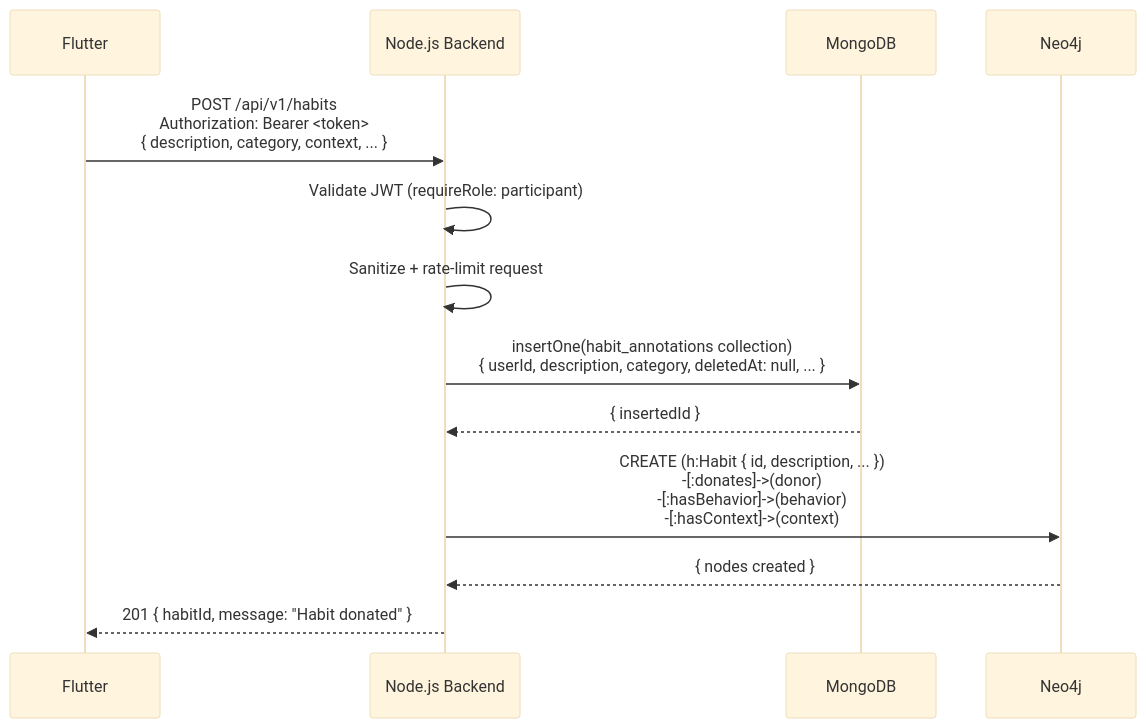
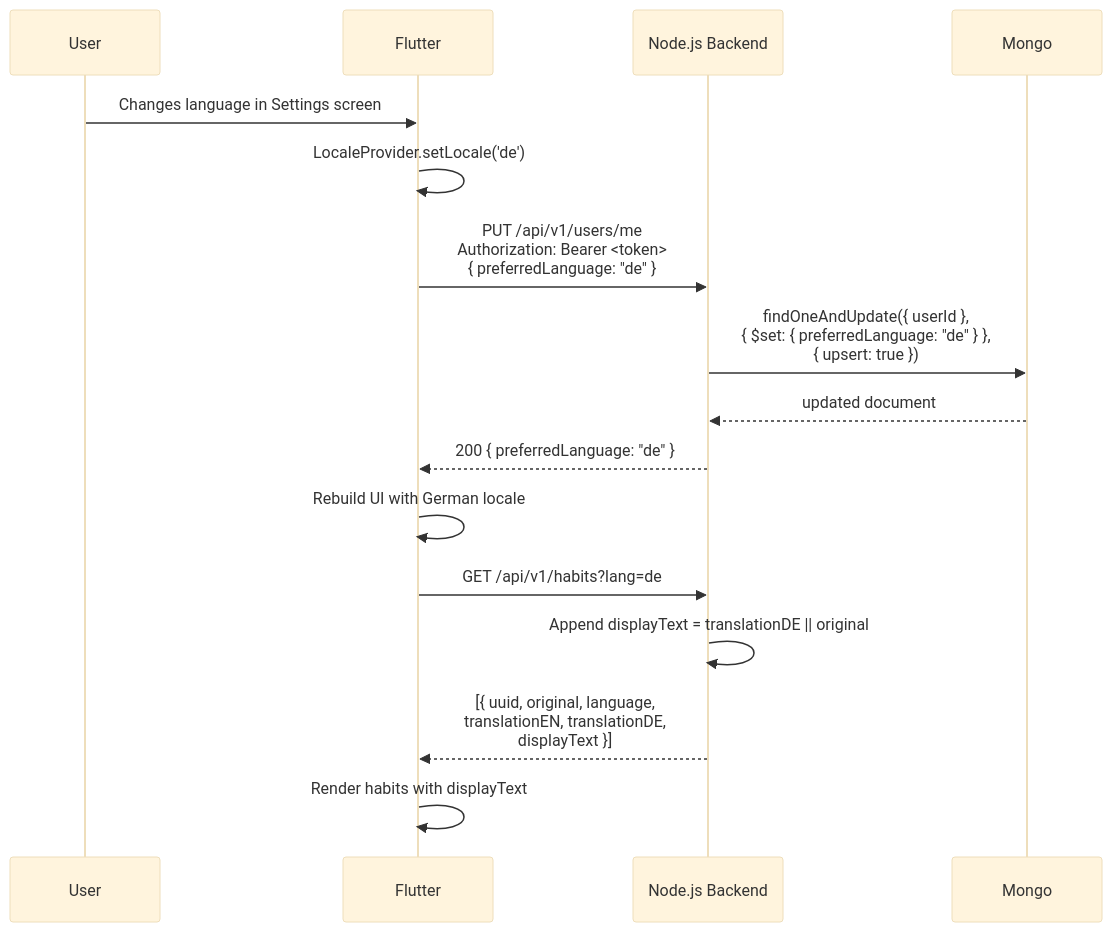
One commit to Bulgy404/health-habit-hub changed the third of 4 diagrams in docs/architecture.md. Above: the diagram before and after it, drawn with Mermaid (base theme). The commit also changed other lines of this file and 4 other files, not shown here.

First line of the commit message:
feat: [US-143] - Ralph — update architecture documentation

````diff
--- a/docs/architecture.md
+++ b/docs/architecture.md
@@ -109,16 +139,20 @@
 ```mermaid
 sequenceDiagram
+    participant User
     participant Flutter
     participant Backend as Node.js Backend
-    participant MongoDB
-    participant Neo4j
+    participant Mongo
 
-    Flutter->>Backend: POST /api/v1/habits<br/>Authorization: Bearer <token><br/>{ description, category, context, ... }
-    Backend->>Backend: Validate JWT (requireRole: participant)
-    Backend->>Backend: Sanitize + rate-limit request
-    Backend->>MongoDB: insertOne(habit_annotations collection)<br/>{ userId, description, category, deletedAt: null, ... }
-    MongoDB-->>Backend: { insertedId }
-    Backend->>Neo4j: CREATE (h:Habit { id, description, ... })<br/>-[:donates]->(donor)<br/>-[:hasBehavior]->(behavior)<br/>-[:hasContext]->(context)
-    Neo4j-->>Backend: { nodes created }
-    Backend-->>Flutter: 201 { habitId, message: "Habit donated" }
+    User->>Flutter: Changes language in Settings screen
+    Flutter->>Flutter: LocaleProvider.setLocale('de')
+    Flutter->>Backend: PUT /api/v1/users/me<br/>Authorization: Bearer <token><br/>{ preferredLanguage: "de" }
+    Backend->>Mongo: findOneAndUpdate({ userId },<br/>{ $set: { preferredLanguage: "de" } },<br/>{ upsert: true })
+    Mongo-->>Backend: updated document
+    Backend-->>Flutter: 200 { preferredLanguage: "de" }
+
+    Flutter->>Flutter: Rebuild UI with German locale
+    Flutter->>Backend: GET /api/v1/habits?lang=de
+    Backend->>Backend: Append displayText = translationDE || original
+    Backend-->>Flutter: [{ uuid, original, language,<br/>translationEN, translationDE,<br/>displayText }]
+    Flutter->>Flutter: Render habits with displayText
 ```
````
